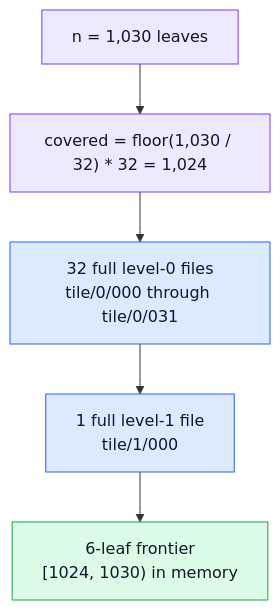
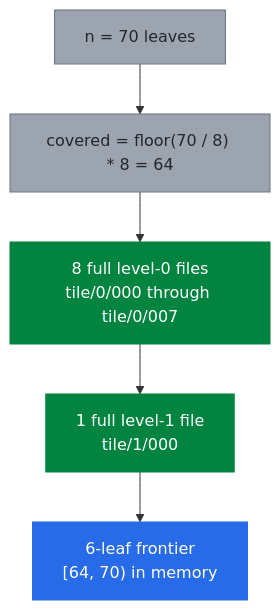
Before and after one commit to microsoft/merklecpp: the fifth of 20 diagrams in doc/tiles-illustrated.rst, drawn with Mermaid. The commit also changed other lines of this file, not shown here.

```diff
--- a/doc/tiles-illustrated.rst
+++ b/doc/tiles-illustrated.rst
@@ -210,17 +208,17 @@
 .. mermaid::
 
    flowchart TB
-     N["n = 1,030 leaves"]:::computed
-     C["covered = floor(1,030 / 32) * 32 = 1,024"]:::computed
-     L0["32 full level-0 files<br/>tile/0/000 through tile/0/031"]:::tile
+     N["n = 70 leaves"]:::computed
+     C["covered = floor(70 / 8) * 8 = 64"]:::computed
+     L0["8 full level-0 files<br/>tile/0/000 through tile/0/007"]:::tile
      L1["1 full level-1 file<br/>tile/1/000"]:::tile
-     M["6-leaf frontier<br/>[1024, 1030) in memory"]:::memory
+     M["6-leaf frontier<br/>[64, 70) in memory"]:::memory
 
      N --> C
      C --> L0
      L0 --> L1
      L1 --> M
 
-     classDef tile fill:#dbeafe,stroke:#2563eb,color:#111827
-     classDef memory fill:#dcfce7,stroke:#16a34a,color:#111827
-     classDef computed fill:#ede9fe,stroke:#7c3aed,color:#111827
+     classDef tile fill:#00843f,stroke:#00843f,color:#ffffff
+     classDef memory fill:#276be9,stroke:#276be9,color:#ffffff
+     classDef computed fill:#9ca4af,stroke:#677384,color:#222832
```
